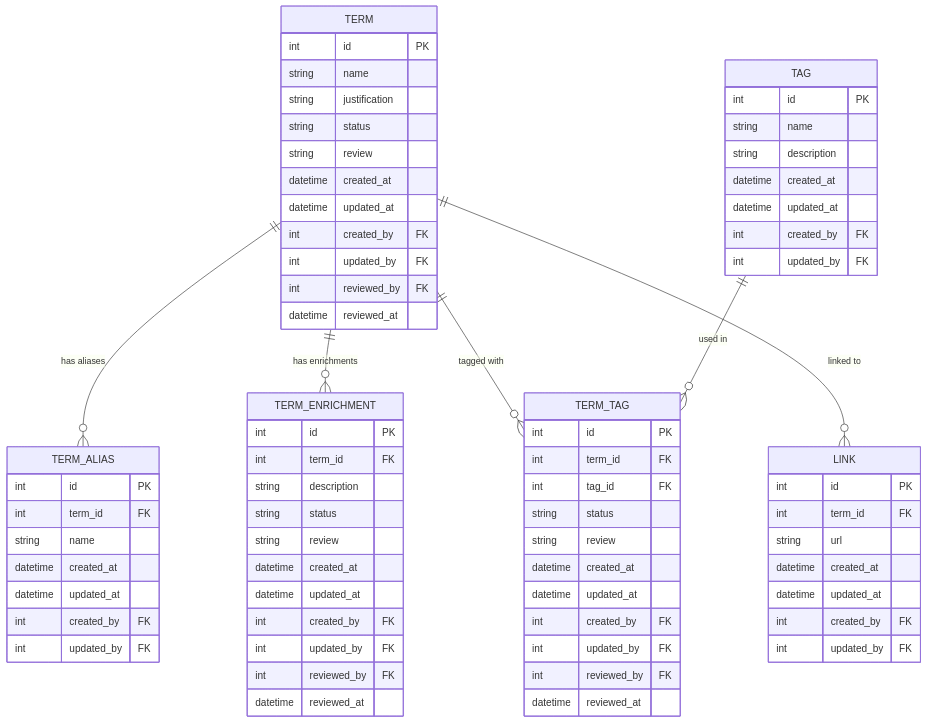
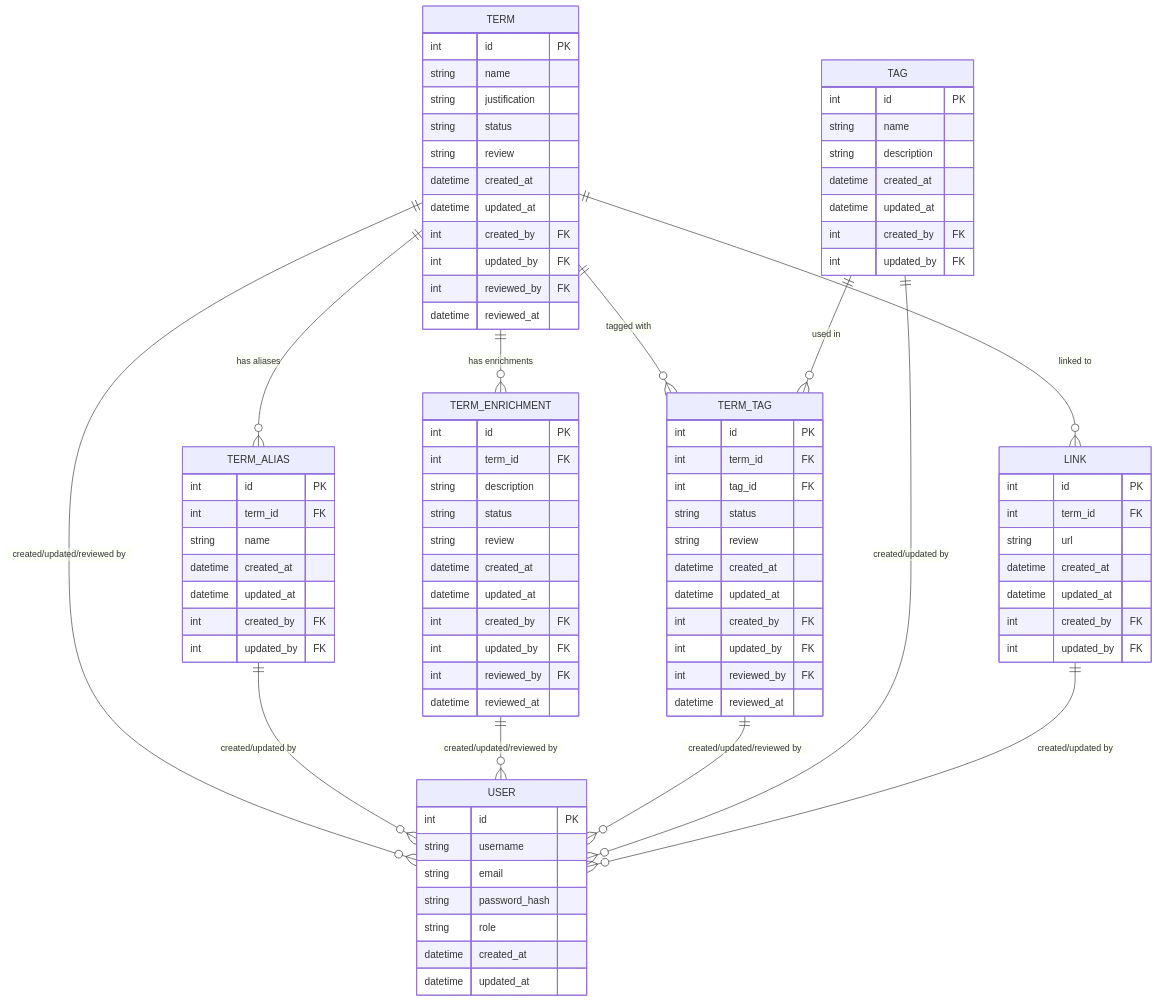
The diagram in documentation/service/entity-relationship-diagram.md (26slices/ai_safety_glossary), drawn with Mermaid before and after one commit. The commit also changed 2 other files, not shown here.

Commit message:
Add USER entity and relationships to the entity-relationship diagram

````diff
--- a/documentation/service/entity-relationship-diagram.md
+++ b/documentation/service/entity-relationship-diagram.md
@@ -3,5 +3,14 @@
 ```mermaid
 erDiagram
+    USER {
+        int id PK
+        string username
+        string email
+        string password_hash
+        string role
+        datetime created_at
+        datetime updated_at
+    }
     TERM {
         int id PK
         string name
@@ -74,4 +83,10 @@
     TERM ||--o{ TERM_TAG : "tagged with"
     TAG ||--o{ TERM_TAG : "used in"
     TERM ||--o{ LINK : "linked to"
+    TERM ||--o{ USER : "created/updated/reviewed by"
+    TERM_ALIAS ||--o{ USER : "created/updated by"
+    TERM_ENRICHMENT ||--o{ USER : "created/updated/reviewed by"
+    TERM_TAG ||--o{ USER : "created/updated/reviewed by"
+    TAG ||--o{ USER : "created/updated by"
+    LINK ||--o{ USER : "created/updated by"
 ```
````
